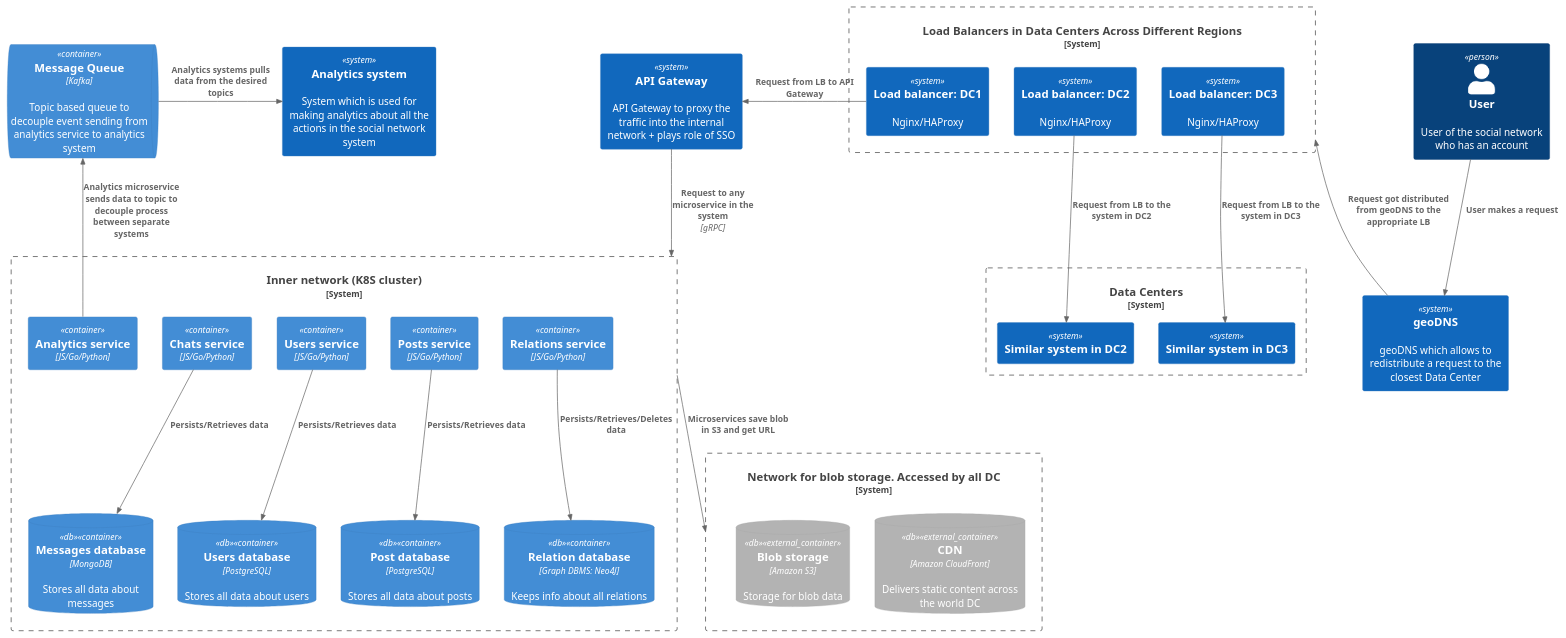
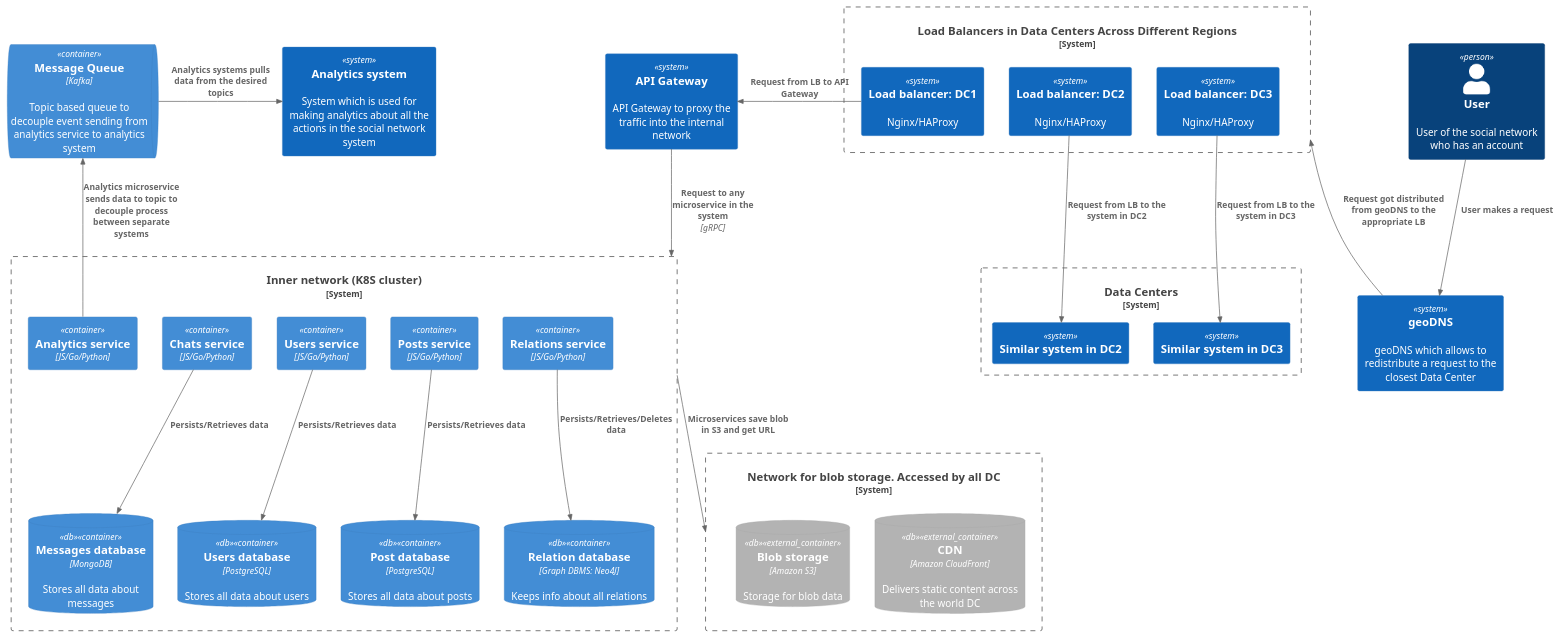
The diagram in architectureAsCode/c2/levelTwo.puml (Slava-Nik/system-design-social-network), drawn with PlantUML before and after one commit. The commit also changed 2 other files, not shown here.

```diff
--- a/architectureAsCode/c2/levelTwo.puml
+++ b/architectureAsCode/c2/levelTwo.puml
@@ -1,64 +1,64 @@
 @startuml
 !include https://raw.githubusercontent.com/plantuml-stdlib/C4-PlantUML/master/C4_Container.puml
 
 Person(user, "User", "User of the social network who has an account")
 
 System(geo, "geoDNS", "geoDNS which allows to redistribute a request to the closest Data Center")
 
 System_Boundary(loadBalancers, "Load Balancers in Data Centers Across Different Regions") {
     System(lb1, "Load balancer: DC1", "Nginx/HAProxy")
     System(lb2, "Load balancer: DC2", "Nginx/HAProxy")
     System(lb3, "Load balancer: DC3", "Nginx/HAProxy")
 }
 
 System_Boundary(dataCenters, "Data Centers") {
     System(dc2System, "Similar system in DC2")
     System(dc3System, "Similar system in DC3")
 }
 
-System(apiGateway, "API Gateway", "API Gateway to proxy the traffic into the internal network + plays role of SSO")
+System(apiGateway, "API Gateway", "API Gateway to proxy the traffic into the internal network")
 
 System_Boundary(innerNetwork, "Inner network (K8S cluster)") {
     Container(relationService, "Relations service", "JS/Go/Python")
     Container(postService, "Posts service", "JS/Go/Python")
     Container(usersService, "Users service", "JS/Go/Python")
     Container(chatService, "Chats service", "JS/Go/Python")
     Container(analyticsService, "Analytics service", "JS/Go/Python")
 
     ContainerDb(postDB, "Post database", $tags="db", "PostgreSQL", "Stores all data about posts")
     ContainerDb(chatsDB, "Messages database", $tags="db", "MongoDB", "Stores all data about messages")
     ContainerDb(usersDb, "Users database", $tags="db", "PostgreSQL", "Stores all data about users")
     ContainerDb(graph, "Relation database", $tags="db", "Graph DBMS: Neo4J", "Keeps info about all relations")
 }
 
 ContainerQueue(mq, "Message Queue", "Kafka", "Topic based queue to decouple event sending from analytics service to analytics system")
 System(analyticsSystem, "Analytics system", "System which is used for making analytics about all the actions in the social network system")
 
 System_Boundary(s3System, "Network for blob storage. Accessed by all DC") {
     ContainerDb_Ext(cdn, "CDN", $tags="db", "Amazon CloudFront", "Delivers static content across the world DC")
     ContainerDb_Ext(s3, "Blob storage", $tags="db", "Amazon S3", "Storage for blob data")
 }
 
 
 Rel(user, geo, "User makes a request")
 
 Rel_U(geo, loadBalancers, "Request got distributed from geoDNS to the appropriate LB")
 
 Rel(lb2, dc2System, "Request from LB to the system in DC2")
 Rel(lb3, dc3System, "Request from LB to the system in DC3")
 
 Rel_L(lb1, apiGateway, "Request from LB to API Gateway")
 
 Rel(apiGateway, innerNetwork, "Request to any microservice in the system", "gRPC")
 
 Rel(postService, postDB, "Persists/Retrieves data")
 Rel(chatService, chatsDB, "Persists/Retrieves data")
 Rel(usersService, usersDb, "Persists/Retrieves data")
 Rel(relationService, graph, "Persists/Retrieves/Deletes data")
 
 Rel_U(analyticsService, mq, "Analytics microservice sends data to topic to decouple process between separate systems")
 Rel_R(mq, analyticsSystem, "Analytics systems pulls data from the desired topics")
 
 Rel(innerNetwork, s3System, "Microservices save blob in S3 and get URL")
 
 @enduml
```
